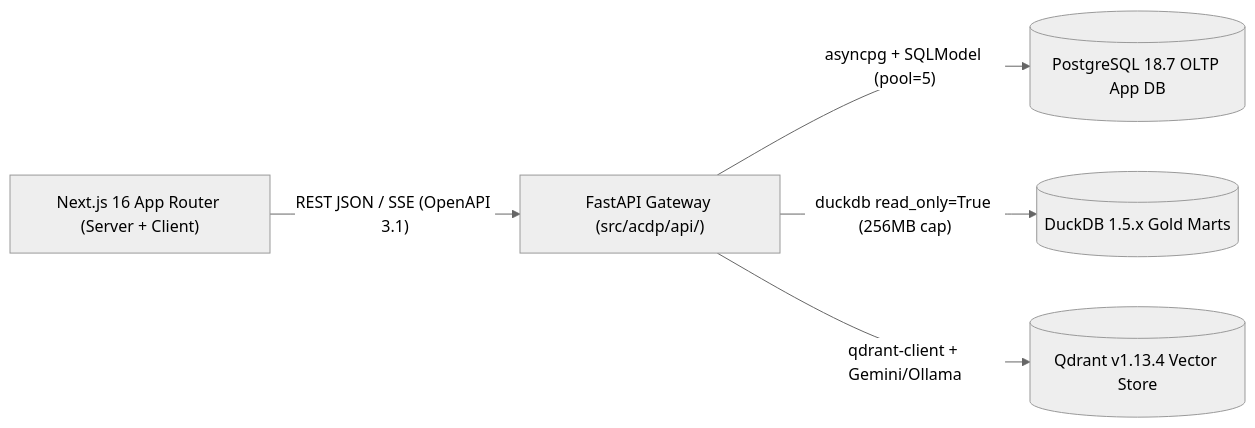
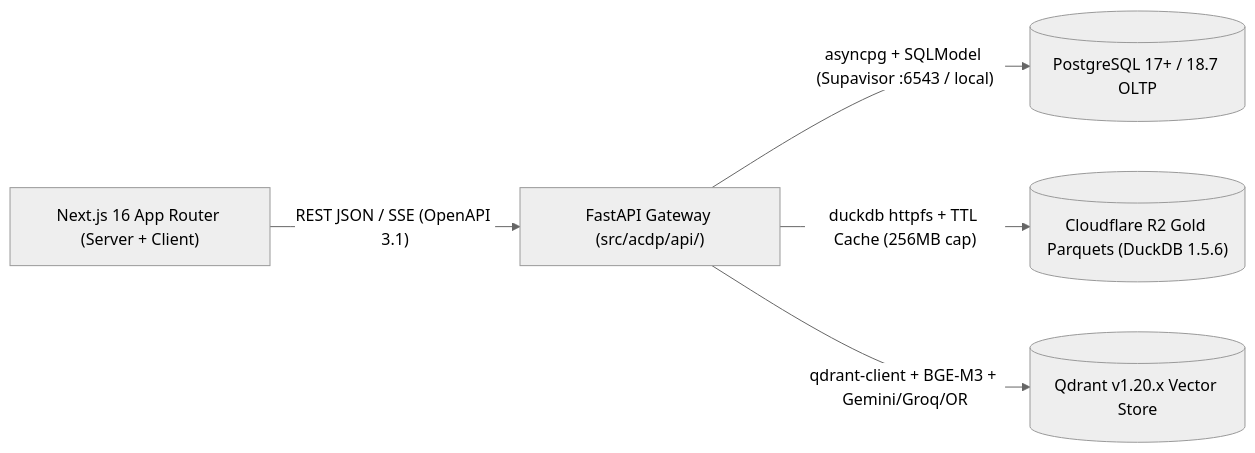
The diagram in docs/specs/0004-serving-api-and-oltp-spec.md (darktheDE/acdp-platform), drawn with Mermaid (neutral theme) before and after one commit. The commit also changed other lines of this file and 31 other files, not shown here.

````diff
--- a/docs/specs/0004-serving-api-and-oltp-spec.md
+++ b/docs/specs/0004-serving-api-and-oltp-spec.md
@@ -22,7 +22,7 @@
 ```mermaid
 flowchart LR
     WEB["Next.js 16 App Router (Server + Client)"] -->|"REST JSON / SSE (OpenAPI 3.1)"| API["FastAPI Gateway (src/acdp/api/)"]
-    API -->|"asyncpg + SQLModel (pool=5)"| PG[("PostgreSQL 18.7 OLTP App DB")]
-    API -->|"duckdb read_only=True (256MB cap)"| DUCK[("DuckDB 1.5.x Gold Marts")]
-    API -->|"qdrant-client + Gemini/Ollama"| RAG[("Qdrant v1.13.4 Vector Store")]
+    API -->|"asyncpg + SQLModel (Supavisor :6543 / local)"| PG[("PostgreSQL 17+ / 18.7 OLTP")]
+    API -->|"duckdb httpfs + TTL Cache (256MB cap)"| DUCK[("Cloudflare R2 Gold Parquets (DuckDB 1.5.6)")]
+    API -->|"qdrant-client + BGE-M3 + Gemini/Groq/OR"| RAG[("Qdrant v1.20.x Vector Store")]
 ```
````
